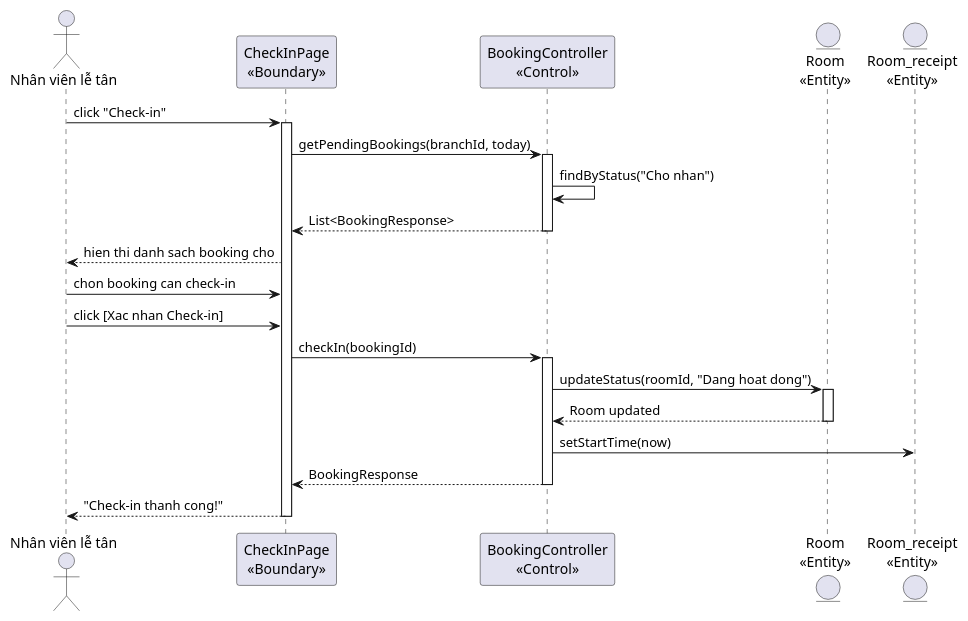
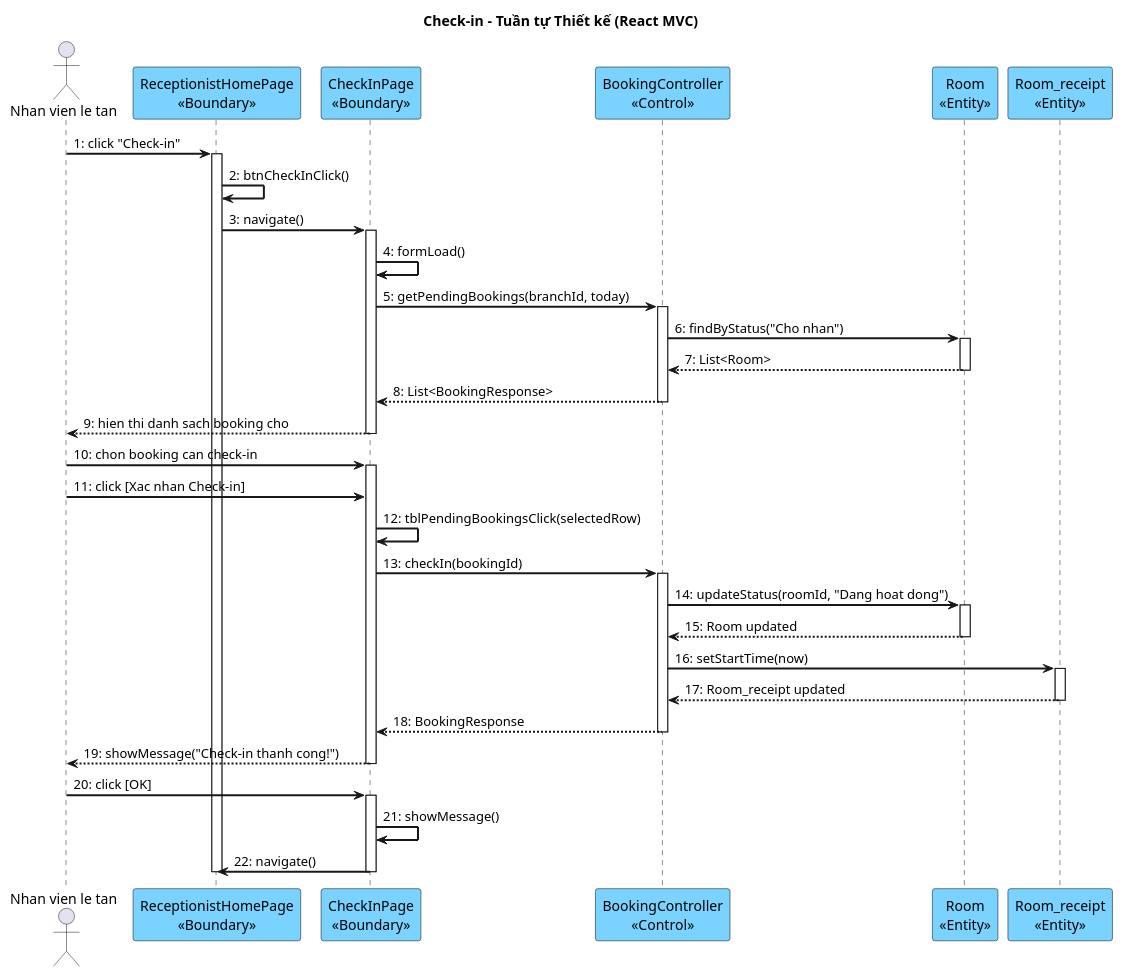
One commit to thanhtrnnn/cnpm changed the second of 4 diagrams in docs/tabs/section-booking-iii.4.md. Above: the diagram before and after it, drawn with PlantUML. The commit also changed other lines of this file and 10 other files, not shown here.

First line of the commit message:
fix: update all 8 sequence diagrams with cnpm skill style

````diff
--- a/docs/tabs/section-booking-iii.4.md
+++ b/docs/tabs/section-booking-iii.4.md
@@ -149,32 +180,67 @@
 ```plantuml
 @startuml
-actor "Nhân viên lễ tân" as NV
-participant "CheckInPage\n<<Boundary>>" as CheckIn
+skinparam shadowing false
+skinparam SequenceMessageAlign left
+skinparam SequenceArrowThickness 2
+skinparam ParticipantBackgroundColor #7AD2FF
+skinparam ParticipantBorderColor black
+skinparam BoundaryBackgroundColor #7AD2FF
+skinparam BoundaryBorderColor black
+skinparam ControlBackgroundColor #7AD2FF
+skinparam ControlBorderColor black
+skinparam EntityBackgroundColor #7AD2FF
+skinparam EntityBorderColor black
+
+title Check-in – Tuần tự Thiết kế (React MVC)
+
+actor "Nhan vien le tan" as NV
+participant "ReceptionistHomePage\n<<Boundary>>" as Home
+participant "CheckInPage\n<<Boundary>>" as CIP
 participant "BookingController\n<<Control>>" as Ctrl
-entity "Room\n<<Entity>>" as Room
-entity "Room_receipt\n<<Entity>>" as RR
+participant "Room\n<<Entity>>" as Room
+participant "Room_receipt\n<<Entity>>" as RR
 
-NV -> CheckIn: click "Check-in"
-activate CheckIn
-CheckIn -> Ctrl: getPendingBookings(branchId, today)
+NV -> Home : 1: click "Check-in"
+activate Home
+Home -> Home : 2: btnCheckInClick()
+Home -> CIP : 3: navigate()
+activate CIP
+CIP -> CIP : 4: formLoad()
+CIP -> Ctrl : 5: getPendingBookings(branchId, today)
 activate Ctrl
-Ctrl -> Ctrl: findByStatus("Cho nhan")
-Ctrl --> CheckIn: List<BookingResponse>
+Ctrl -> Room : 6: findByStatus("Cho nhan")
+activate Room
+Room --> Ctrl : 7: List<Room>
+deactivate Room
+Ctrl --> CIP : 8: List<BookingResponse>
 deactivate Ctrl
-CheckIn --> NV: hien thi danh sach booking cho
+CIP --> NV : 9: hien thi danh sach booking cho
+deactivate CIP
 
-NV -> CheckIn: chon booking can check-in
-NV -> CheckIn: click [Xac nhan Check-in]
-CheckIn -> Ctrl: checkIn(bookingId)
+NV -> CIP : 10: chon booking can check-in
+activate CIP
+NV -> CIP : 11: click [Xac nhan Check-in]
+CIP -> CIP : 12: tblPendingBookingsClick(selectedRow)
+CIP -> Ctrl : 13: checkIn(bookingId)
 activate Ctrl
-Ctrl -> Room: updateStatus(roomId, "Dang hoat dong")
+Ctrl -> Room : 14: updateStatus(roomId, "Dang hoat dong")
 activate Room
-Room --> Ctrl: Room updated
+Room --> Ctrl : 15: Room updated
 deactivate Room
-Ctrl -> RR: setStartTime(now)
-Ctrl --> CheckIn: BookingResponse
+Ctrl -> RR : 16: setStartTime(now)
+activate RR
+RR --> Ctrl : 17: Room_receipt updated
+deactivate RR
+Ctrl --> CIP : 18: BookingResponse
 deactivate Ctrl
-CheckIn --> NV: "Check-in thanh cong!"
-deactivate CheckIn
+CIP --> NV : 19: showMessage("Check-in thanh cong!")
+deactivate CIP
+
+NV -> CIP : 20: click [OK]
+activate CIP
+CIP -> CIP : 21: showMessage()
+CIP -> Home : 22: navigate()
+deactivate CIP
+deactivate Home
 @enduml
 ```
````
